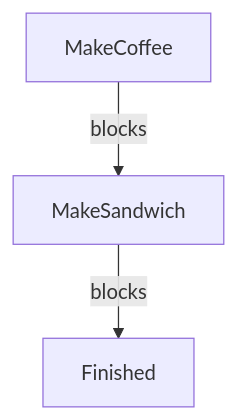
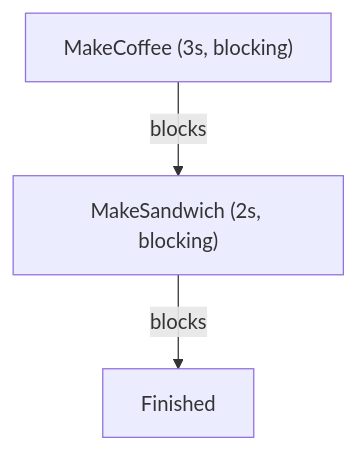
One commit to BasharAlwarad/Software_Engineering_course changed the fifth of 12 diagrams in 41_async_await/README.md. Above: the diagram before and after it, drawn with Mermaid. The commit also changed other lines of this file and 2 other files, not shown here.

````diff
--- a/41_async_await/README.md
+++ b/41_async_await/README.md
@@ -93,5 +99,5 @@
 ```mermaid
 graph TD;
-    A[MakeCoffee] -->|blocks| B[MakeSandwich]
+    A["MakeCoffee (3s, blocking)"] -->|blocks| B["MakeSandwich (2s, blocking)"]
     B -->|blocks| C[Finished]
 ```
````
